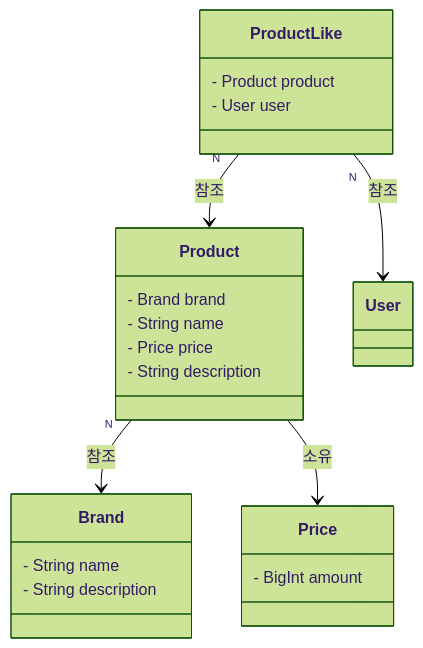
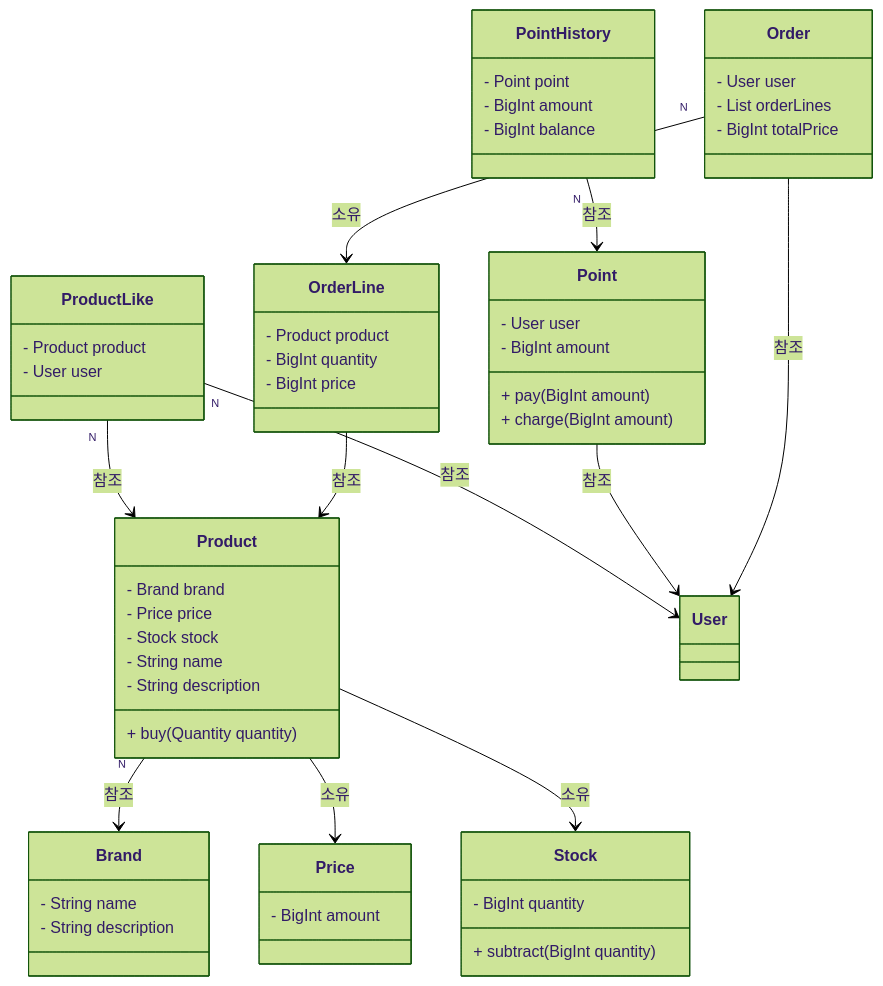
Before and after one commit to Roopers-Team-6/hainho: the diagram in docs/design/03-class-diagrams.md, drawn with Mermaid (forest theme).

Commit message:
docs: 주문 생성 기능에 필요한 클래스 변경 클래스 다이어그램에 반영

````diff
--- a/docs/design/03-class-diagrams.md
+++ b/docs/design/03-class-diagrams.md
@@ -1,31 +1,74 @@
 ```mermaid
 classDiagram
     class Product {
         - Brand brand
+        - Price price
+        - Stock stock
         - String name
-        - Price price
         - String description
+        + buy(Quantity quantity)
+    }
+
+    Product "N" --> Brand: 참조
+    Product --> Price: 소유
+    Product --> Stock: 소유
+
+    class Price {
+        - BigInt amount
+    }
+
+    class Stock {
+        - BigInt quantity
+        + subtract(BigInt quantity)
     }
 
     class ProductLike {
         - Product product
         - User user
     }
 
+    ProductLike "N" --> Product: 참조
+    ProductLike "N" --> User: 참조
+
     class Brand {
         - String name
         - String description
     }
 
-    class Price {
-        - BigInt amount
-    }
-
     class User {
     }
 
-    Product "N" --> Brand: 참조
-    Product --> Price: 소유
-    ProductLike "N" --> Product: 참조
-    ProductLike "N" --> User: 참조
+    class Point {
+        - User user
+        - BigInt amount
+        + pay(BigInt amount)
+        + charge(BigInt amount)
+    }
+
+    Point --> User: 참조
+
+    class PointHistory {
+        - Point point
+        - BigInt amount
+        - BigInt balance
+    }
+
+    PointHistory "N" --> Point: 참조
+
+    class Order {
+        - User user
+        - List<OrderLine> orderLines
+        - BigInt totalPrice
+    }
+
+    Order --> User: 참조
+
+    class OrderLine {
+        - Product product
+        - BigInt quantity
+        - BigInt price
+    }
+
+    Order "N" --> OrderLine: 소유
+    OrderLine --> Product: 참조
 ```
````
